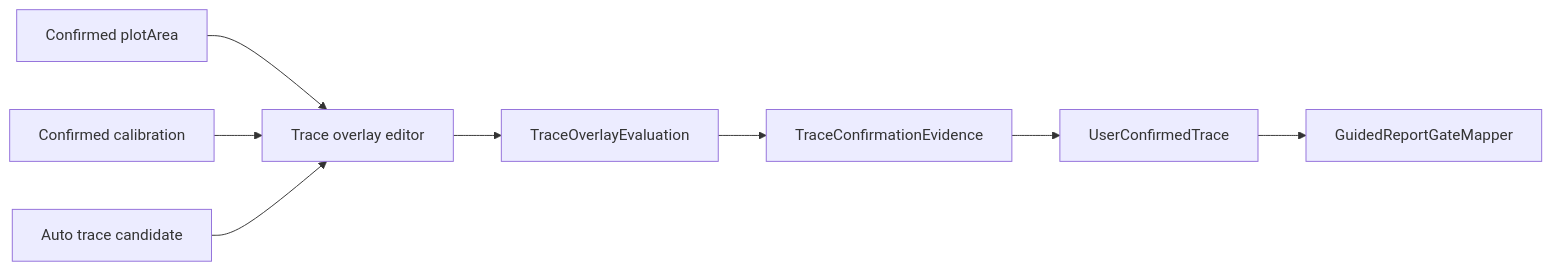
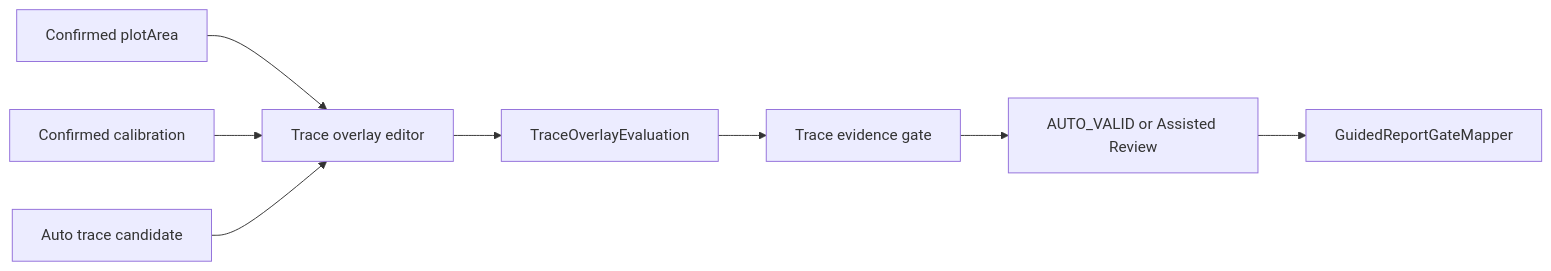
One commit to RandoTeam/ChromaLab changed the diagram in docs/PHASE4_TRACE_OVERLAY_CONFIRMATION.md. Above: the diagram before and after it, drawn with Mermaid. The commit also changed other lines of this file and 41 other files, not shown here.

Commit message:
Realign Phase 4 to autonomous-first trace evidence

````diff
--- a/docs/PHASE4_TRACE_OVERLAY_CONFIRMATION.md
+++ b/docs/PHASE4_TRACE_OVERLAY_CONFIRMATION.md
@@ -30,10 +30,10 @@
 ```mermaid
 flowchart LR
     A["Confirmed plotArea"] --> C["Trace overlay editor"]
     B["Confirmed calibration"] --> C
     D["Auto trace candidate"] --> C
     C --> E["TraceOverlayEvaluation"]
-    E --> F["TraceConfirmationEvidence"]
-    F --> G["UserConfirmedTrace"]
+    E --> F["Trace evidence gate"]
+    F --> G["AUTO_VALID or Assisted Review"]
     G --> H["GuidedReportGateMapper"]
 ```
````
